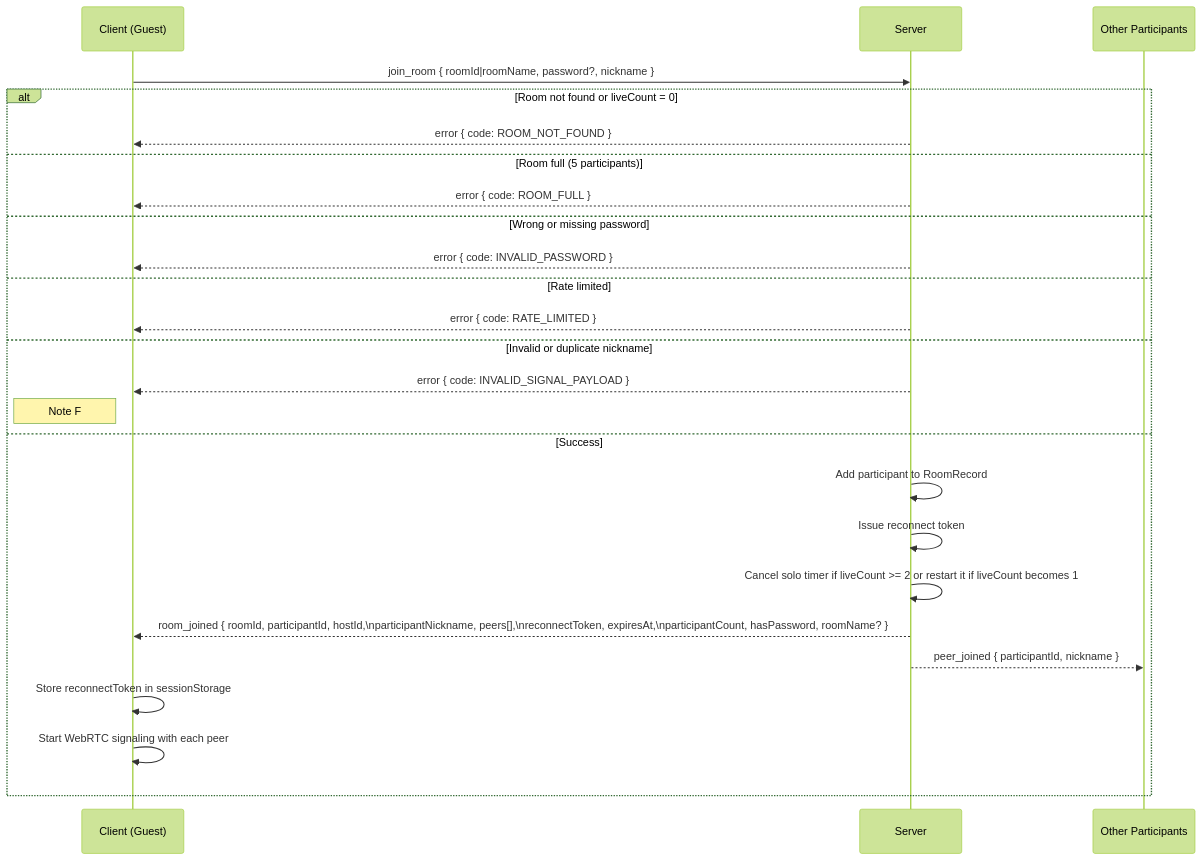
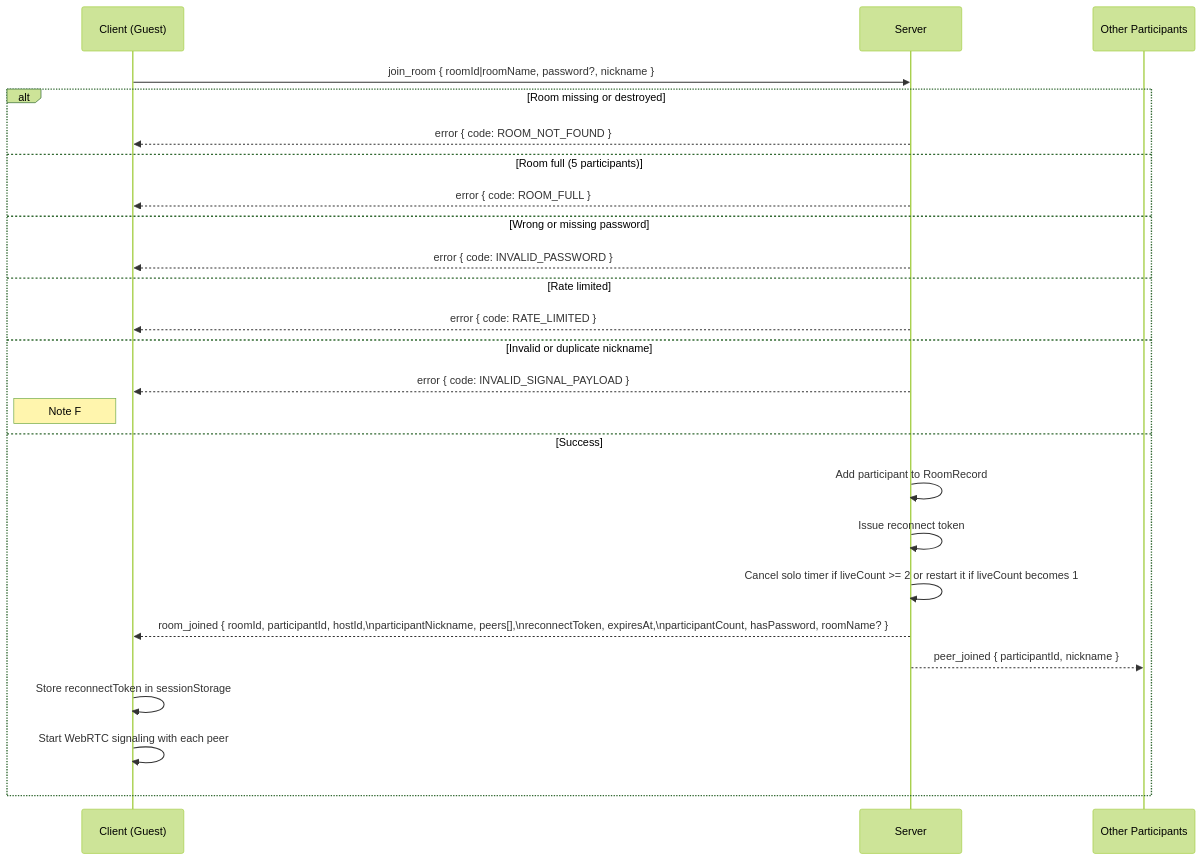
One commit to BeaverScream/Vapor changed the second of 3 diagrams in docs/system_design/signaling-contract.md. Above: the diagram before and after it, drawn with Mermaid (forest theme). The commit also changed other lines of this file and 41 other files, not shown here.

````diff
--- a/docs/system_design/signaling-contract.md
+++ b/docs/system_design/signaling-contract.md
@@ -162,29 +166,29 @@
 ```mermaid
 sequenceDiagram
     participant C as Client (Guest)
     participant S as Server
     participant O as Other Participants
 
     C->>S: join_room { roomId|roomName, password?, nickname }
 
-    alt Room not found or liveCount = 0
+    alt Room missing or destroyed
         S-->>C: error { code: ROOM_NOT_FOUND }
     else Room full (5 participants)
         S-->>C: error { code: ROOM_FULL }
     else Wrong or missing password
         S-->>C: error { code: INVALID_PASSWORD }
     else Rate limited
         S-->>C: error { code: RATE_LIMITED }
     else Invalid or duplicate nickname
         S-->>C: error { code: INVALID_SIGNAL_PAYLOAD }
         Note left of C: Note F
     else Success
         S->>S: Add participant to RoomRecord
         S->>S: Issue reconnect token
         S->>S: Cancel solo timer if liveCount >= 2 or restart it if liveCount becomes 1
         S-->>C: room_joined { roomId, participantId, hostId,\nparticipantNickname, peers[],\nreconnectToken, expiresAt,\nparticipantCount, hasPassword, roomName? }
         S-->>O: peer_joined { participantId, nickname }
         C->>C: Store reconnectToken in sessionStorage
         C->>C: Start WebRTC signaling with each peer
     end
 ```
````
